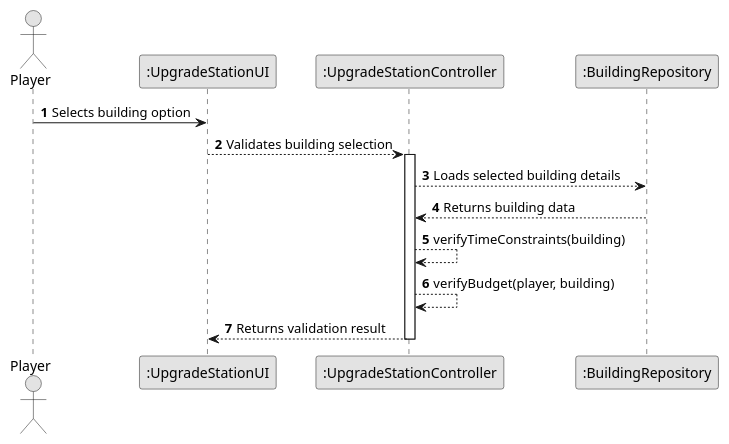
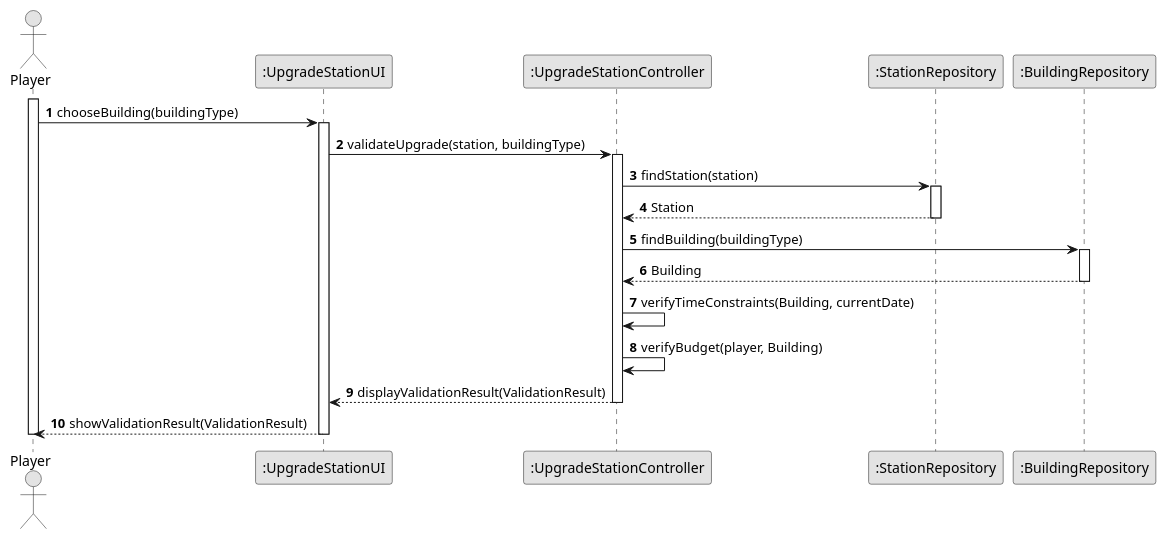
One commit to goncalolopesp/sem2-pi-24.25-g093-repo changed the diagram in docs/system-documentation/US006/03.design/puml/US006-SD-validateUpgrade.puml. Above: the diagram before and after it, drawn with PlantUML. The commit also changed 7 other files, not shown here.

```diff
--- a/docs/system-documentation/US006/03.design/puml/US006-SD-validateUpgrade.puml
+++ b/docs/system-documentation/US006/03.design/puml/US006-SD-validateUpgrade.puml
@@ -1,21 +1,38 @@
 @startuml US006-SD-validateUpgrade
 skinparam monochrome true
 skinparam packageStyle rectangle
 skinparam shadowing false
 autonumber
 
 actor "Player" as Player
 participant ":UpgradeStationUI" as UpgradeUI
 participant ":UpgradeStationController" as Controller
+participant ":StationRepository" as StationRepo
 participant ":BuildingRepository" as BuildingRepo
 
-Player -> UpgradeUI : Selects building option
-UpgradeUI --> Controller : Validates building selection
+activate Player
+Player -> UpgradeUI: chooseBuilding(buildingType)
+activate UpgradeUI
+
+UpgradeUI -> Controller: validateUpgrade(station, buildingType)
 activate Controller
-Controller --> BuildingRepo : Loads selected building details
-BuildingRepo --> Controller : Returns building data
-Controller --> Controller : verifyTimeConstraints(building)
-Controller --> Controller : verifyBudget(player, building)
-Controller --> UpgradeUI : Returns validation result
+
+Controller -> StationRepo: findStation(station)
+activate StationRepo
+StationRepo --> Controller: Station
+deactivate StationRepo
+
+Controller -> BuildingRepo: findBuilding(buildingType)
+activate BuildingRepo
+BuildingRepo --> Controller: Building
+deactivate BuildingRepo
+
+Controller -> Controller: verifyTimeConstraints(Building, currentDate)
+Controller -> Controller: verifyBudget(player, Building)
+
+Controller --> UpgradeUI: displayValidationResult(ValidationResult)
 deactivate Controller
+UpgradeUI --> Player: showValidationResult(ValidationResult)
+deactivate UpgradeUI
+deactivate Player
 @enduml
```
